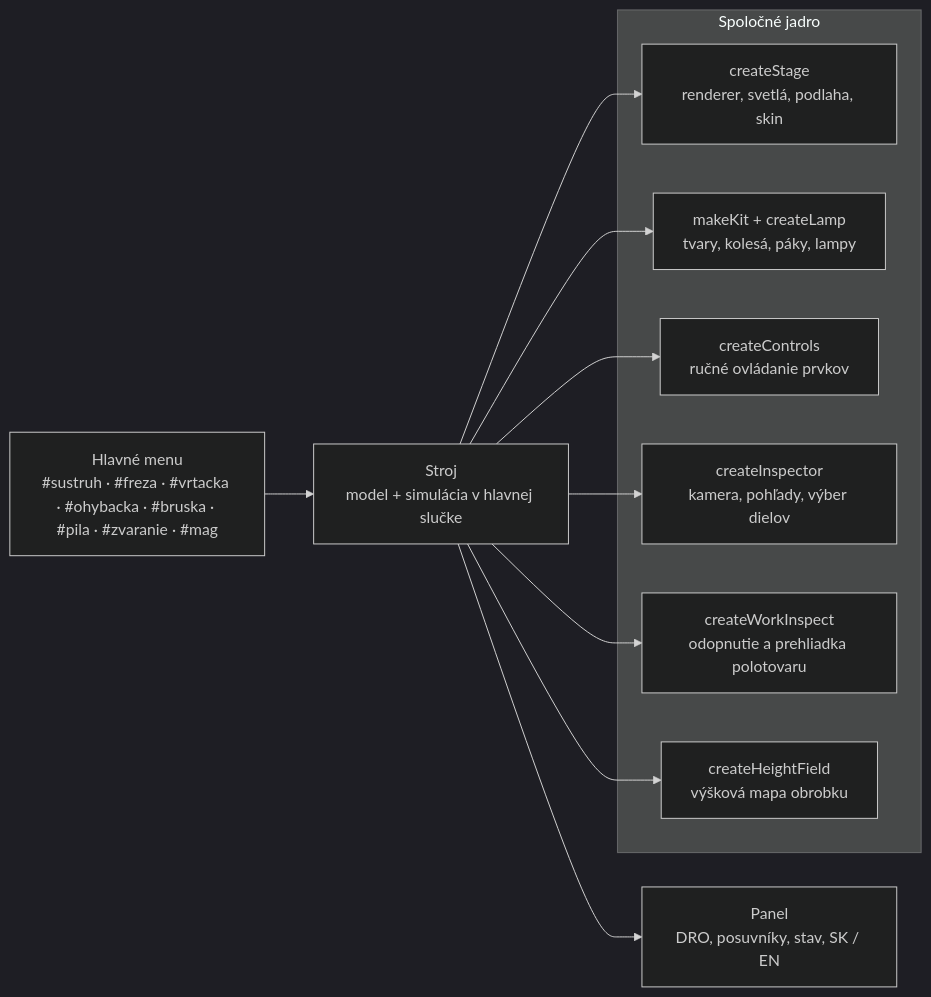
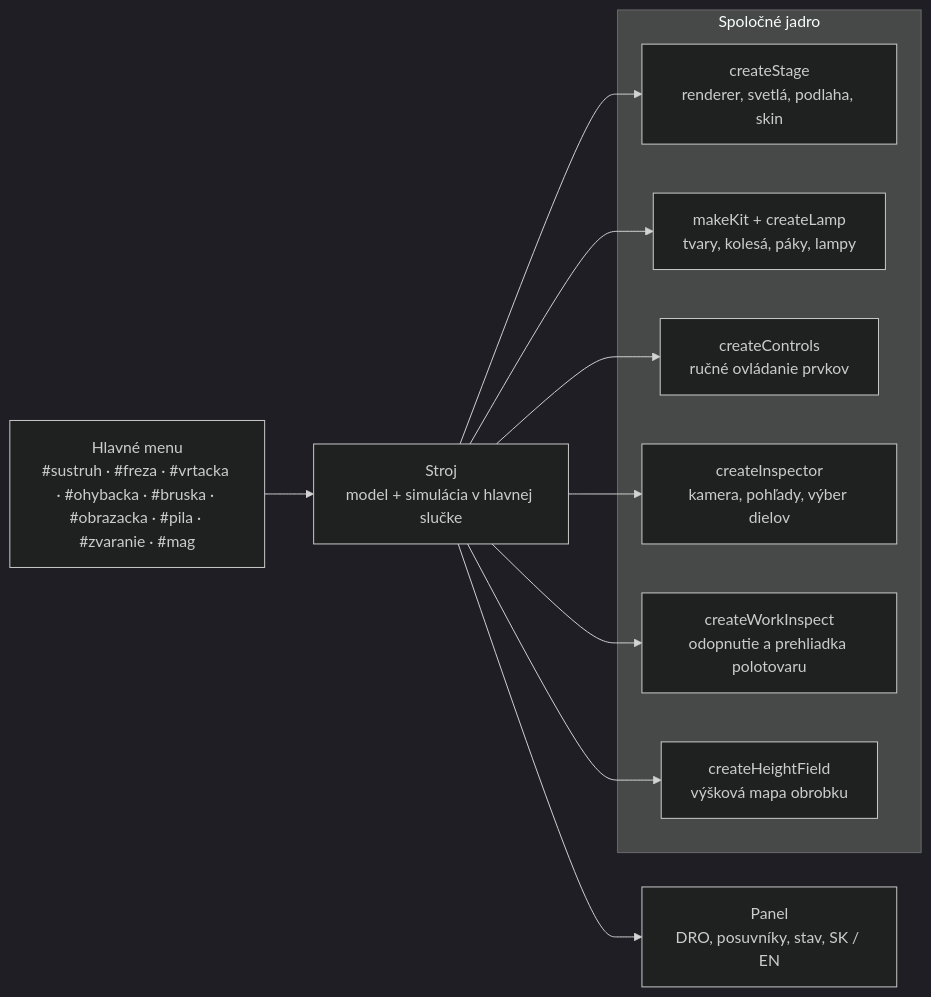
Before and after one commit to bucala/Real-machine-tools: the diagram in README.md, drawn with Mermaid (dark theme). The commit also changed other lines of this file and 41 other files, not shown here.

````diff
--- a/README.md
+++ b/README.md
@@ -159,14 +183,14 @@
 ```mermaid
 flowchart LR
-  menu["Hlavné menu<br/>#sustruh · #freza · #vrtacka · #ohybacka · #bruska · #pila · #zvaranie · #mag"] --> machine
+  menu["Hlavné menu<br/>#sustruh · #freza · #vrtacka · #ohybacka · #bruska · #obrazacka · #pila · #zvaranie · #mag"] --> machine
   subgraph core["Spoločné jadro"]
     stage["createStage<br/>renderer, svetlá, podlaha, skin"]
     kit["makeKit + createLamp<br/>tvary, kolesá, páky, lampy"]
     ctrl["createControls<br/>ručné ovládanie prvkov"]
     insp["createInspector<br/>kamera, pohľady, výber dielov"]
     wi["createWorkInspect<br/>odopnutie a prehliadka polotovaru"]
     hf["createHeightField<br/>výšková mapa obrobku"]
   end
   machine["Stroj<br/>model + simulácia v hlavnej slučke"] --> stage & kit & ctrl & insp & wi & hf
   machine --> panel["Panel<br/>DRO, posuvníky, stav, SK / EN"]
 ```
````
